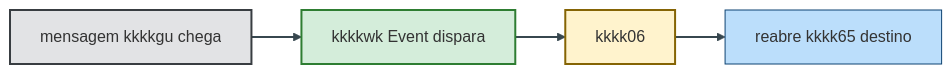
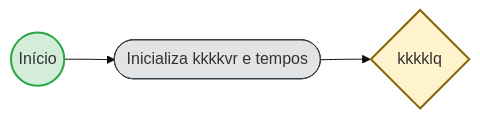
The diagram in Java/md.md (fabaodevudi/outros-codigos), drawn with Mermaid (base theme) before and after one commit. The commit also changed other lines of this file, not shown here.

````diff
--- a/Java/md.md
+++ b/Java/md.md
@@ -264,13 +48,8 @@
 ```mermaid
 flowchart LR
-  Msg[mensagem kkkkgu chega]
-  BE[kkkkwk Event dispara]
-  GW[kkkk06]
-  Reabre[reabre kkkk65 destino]
-  Msg --> BE --> GW --> Reabre
-  style Msg fill:#e2e3e5,stroke:#383d41,stroke-width:2px
-  style BE fill:#d4edda,stroke:#2e7d32,stroke-width:2px
-  style GW fill:#fff3cd,stroke:#856404,stroke-width:2px
-  style Reabre fill:#bbdefb,stroke:#0d4372
-  linkStyle default stroke:#37474f,stroke-width:2px
+  A((Início)) --> B([Inicializa kkkkvr e tempos])
+  B --> C{kkkklq}
+  style A fill:#d4edda,stroke:#28a745,stroke-width:2px
+  style B fill:#e2e3e5,stroke:#383d41
+  style C fill:#fff3cd,stroke:#856404,stroke-width:2px
 ```
````
